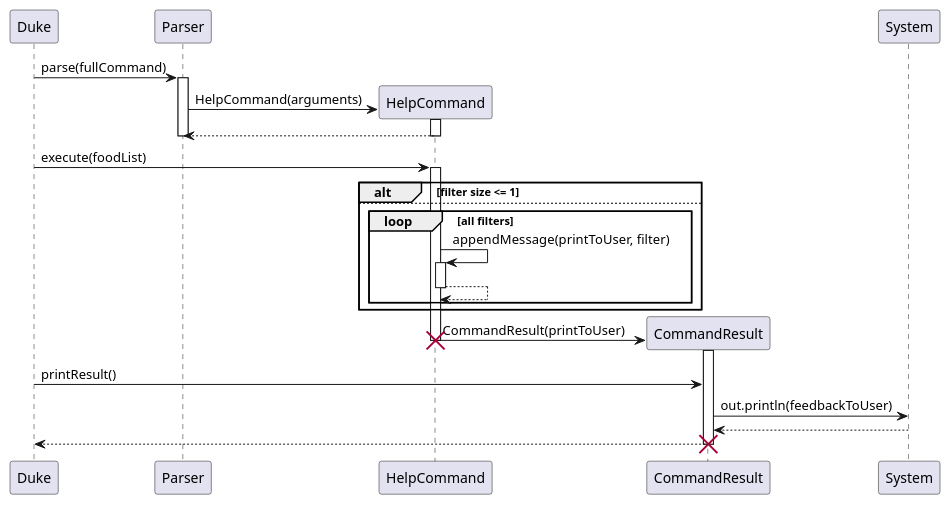
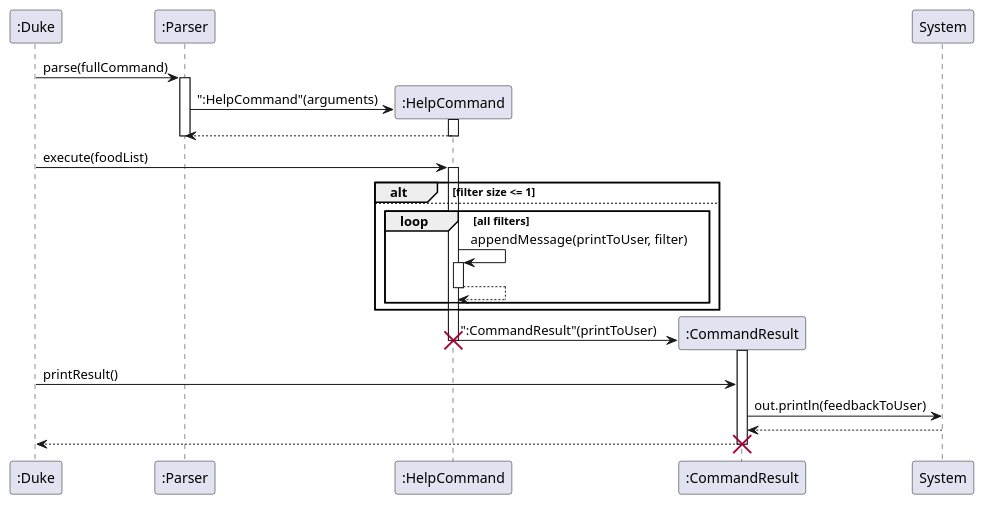
The diagram in docs/puml/HelpCommandSequenceDiagram.puml (tsx0314/tp), drawn with PlantUML before and after one commit. The commit also changed 15 other files, not shown here.

Commit message:
Update UML diagram according to TA's comment

```diff
--- a/docs/puml/HelpCommandSequenceDiagram.puml
+++ b/docs/puml/HelpCommandSequenceDiagram.puml
@@ -1,47 +1,47 @@
 @startuml
 'https://plantuml.com/sequence-diagram
 
 
 
-Duke -> Parser: parse(fullCommand)
-activate Parser
+":Duke" -> ":Parser": parse(fullCommand)
+activate ":Parser"
 
-create HelpCommand as hc
-hc <- Parser : HelpCommand(arguments)
+create ":HelpCommand" as hc
+hc <- ":Parser" : ":HelpCommand"(arguments)
 activate hc
-hc --> Parser
+hc --> ":Parser"
 deactivate hc
-deactivate Parser
+deactivate ":Parser"
 
 
 
-Duke -> hc : execute(foodList)
+":Duke" -> hc : execute(foodList)
 activate hc
 
 alt filter size <= 1
 
 else
 loop all filters
 hc -> hc : appendMessage(printToUser, filter)
 activate hc
 hc --> hc
 deactivate hc
 end
 end
 
-create CommandResult as cr
-hc -> cr : CommandResult(printToUser)
+create ":CommandResult" as cr
+hc -> cr : ":CommandResult"(printToUser)
 activate cr
 deactivate hc
 destroy hc
 
-Duke -> cr: printResult()
+":Duke" -> cr: printResult()
 cr->System: out.println(feedbackToUser)
 
 
 System --> cr
-cr --> Duke
+cr --> ":Duke"
 deactivate cr
 destroy cr
 
 @enduml
```
